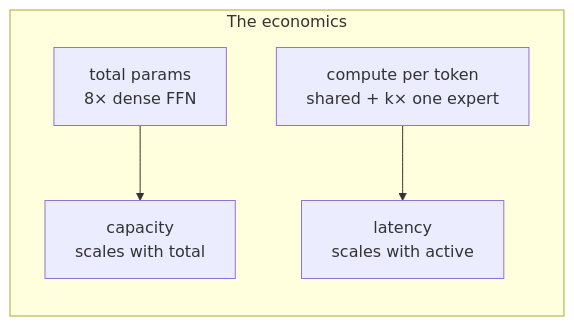
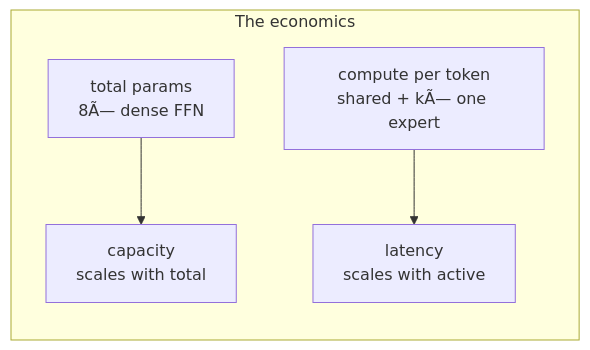
The eighth of 11 diagrams in docs/algorithms.md (Mostakim2005/gpt-moe-3d-explainer), drawn with Mermaid before and after one commit. The commit also changed other lines of this file and 5 other files, not shown here.

````diff
--- a/docs/algorithms.md
+++ b/docs/algorithms.md
@@ -138,11 +140,11 @@
 ```mermaid
 flowchart LR
     subgraph ECO["The economics"]
-        TOT[total params\n8× dense FFN]
-        CMP[compute per token\nshared + k× one expert]
+        TOT[total params\n8Ã— dense FFN]
+        CMP[compute per token\nshared + kÃ— one expert]
         CAP[capacity\nscales with total]
         LAT[latency\nscales with active]
         TOT --> CAP
         CMP --> LAT
     end
 ```
````
